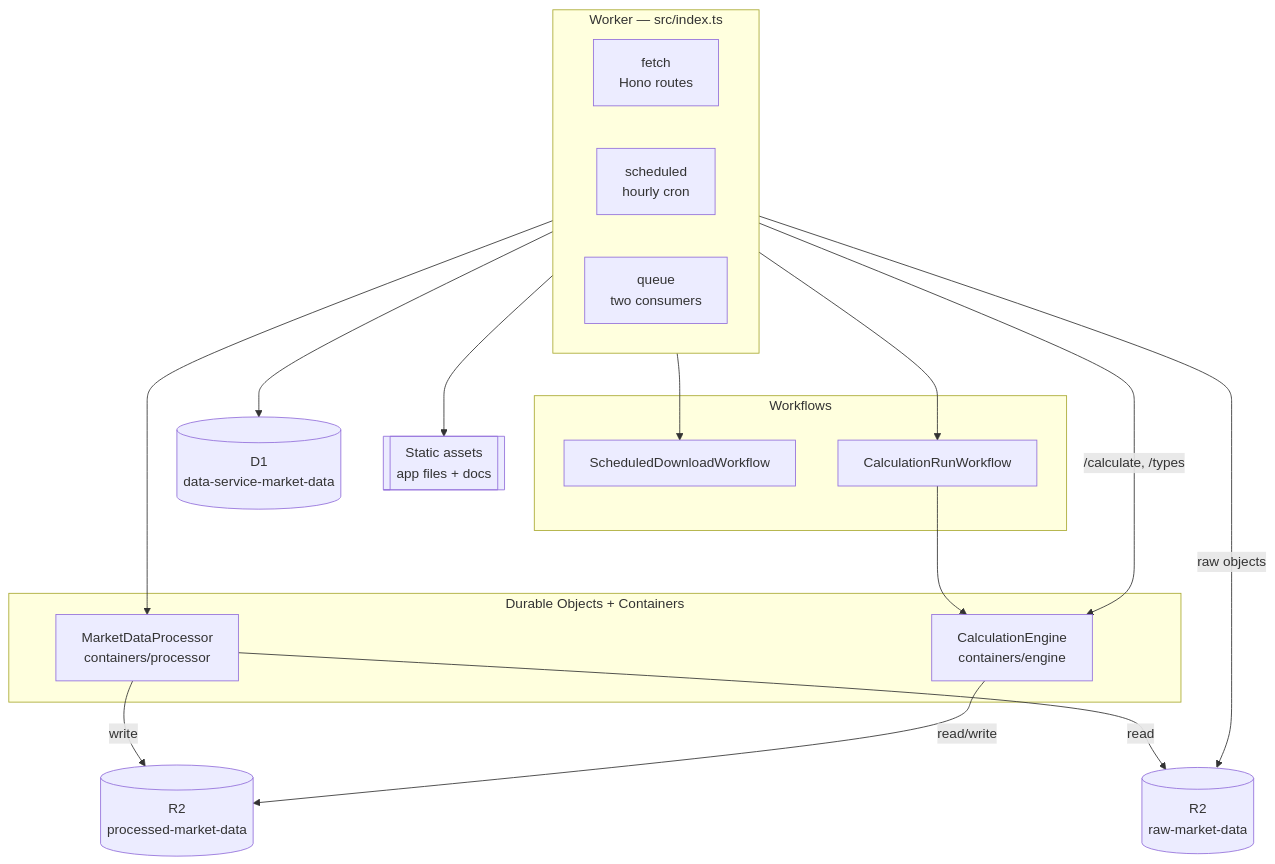
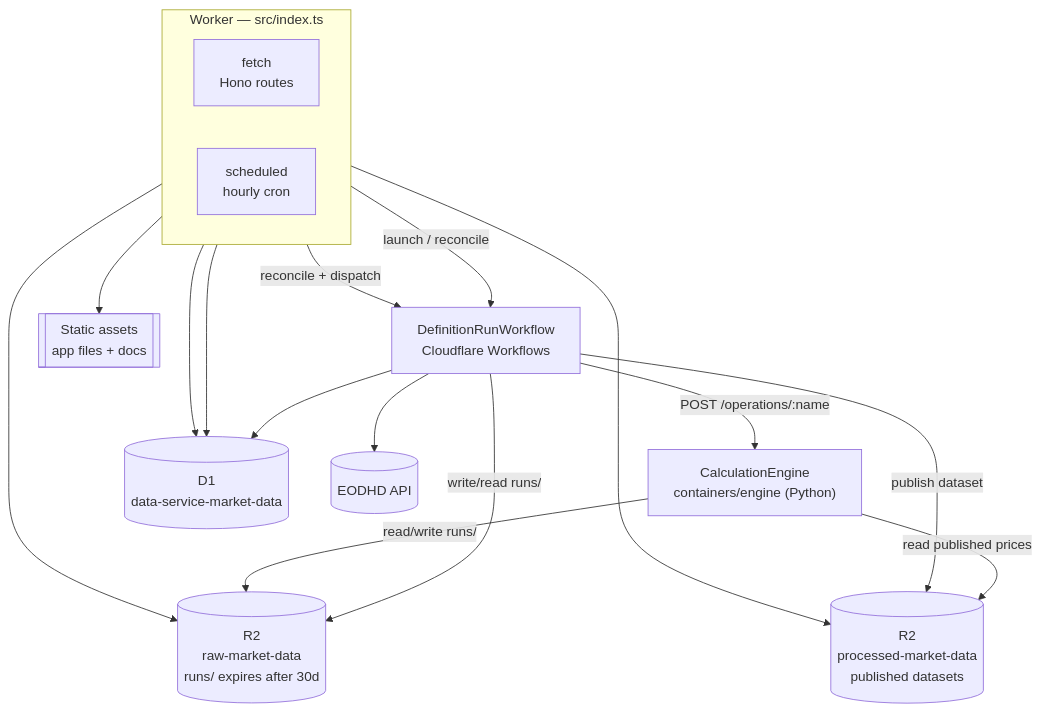
Before and after one commit to maxime-filippini/data-service: the first of 2 diagrams in docs/src/content/docs/architecture.md, drawn with Mermaid. The commit also changed other lines of this file and 165 other files, not shown here.

````diff
--- a/docs/src/content/docs/architecture.md
+++ b/docs/src/content/docs/architecture.md
@@ -15,35 +16,31 @@
 ```mermaid
 flowchart TB
   subgraph worker["Worker — src/index.ts"]
     direction LR
     fetch["fetch<br/>Hono routes"]
     scheduled["scheduled<br/>hourly cron"]
-    queue["queue<br/>two consumers"]
   end
 
-  subgraph durable["Durable Objects + Containers"]
-    mdp["MarketDataProcessor<br/>containers/processor"]
-    ce["CalculationEngine<br/>containers/engine"]
-  end
-
-  subgraph wf["Workflows"]
-    sdw["ScheduledDownloadWorkflow"]
-    crw["CalculationRunWorkflow"]
-  end
+  wf["DefinitionRunWorkflow<br/>Cloudflare Workflows"]
+  ce["CalculationEngine<br/>containers/engine (Python)"]
 
   d1[("D1<br/>data-service-market-data")]
-  raw[("R2<br/>raw-market-data")]
-  proc[("R2<br/>processed-market-data")]
+  raw[("R2<br/>raw-market-data<br/>runs/ expires after 30d")]
+  proc[("R2<br/>processed-market-data<br/>published datasets")]
   assets[["Static assets<br/>app files + docs"]]
+  eodhd[("EODHD API")]
 
   fetch --> d1
   fetch --> assets
-  scheduled --> sdw & crw
-  queue --> mdp
-  crw --> ce
-  fetch -- /calculate, /types --> ce
-  mdp -- read --> raw
-  mdp -- write --> proc
-  ce -- read/write --> proc
-  queue -- raw objects --> raw
+  fetch --> raw & proc
+  fetch -- launch / reconcile --> wf
+  scheduled -- reconcile + dispatch --> wf
+  scheduled --> d1
+  wf --> d1
+  wf --> eodhd
+  wf -- write/read runs/ --> raw
+  wf -- POST /operations/:name --> ce
+  ce -- read/write runs/ --> raw
+  ce -- read published prices --> proc
+  wf -- publish dataset --> proc
 ```
````
